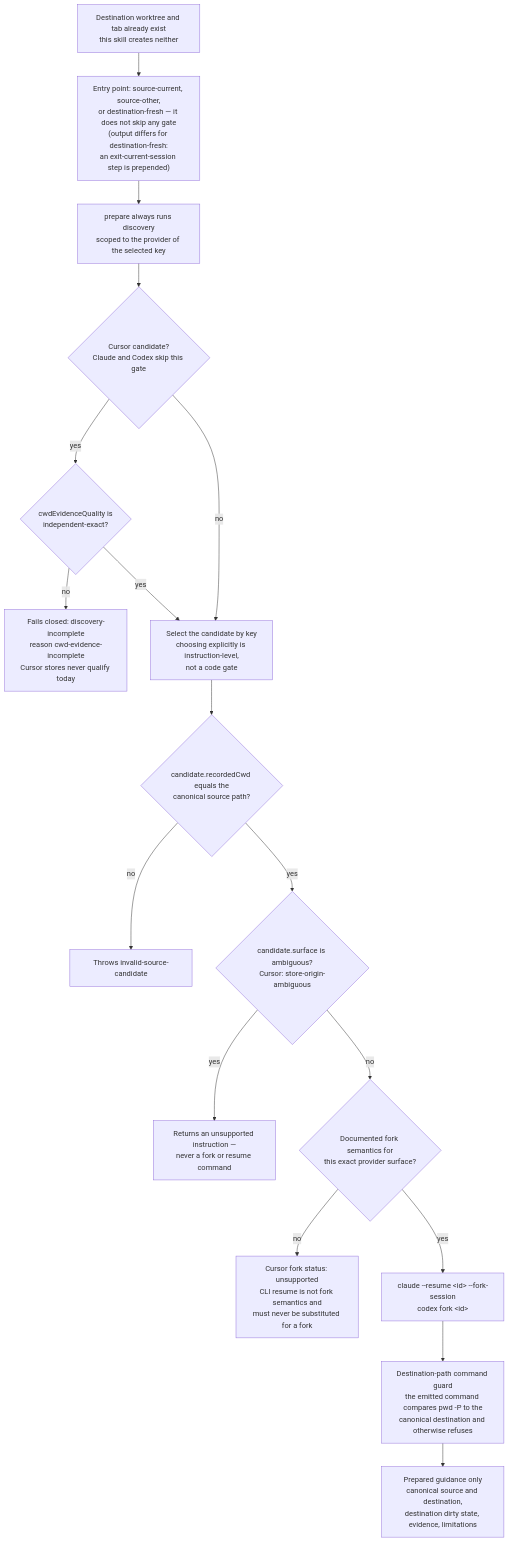
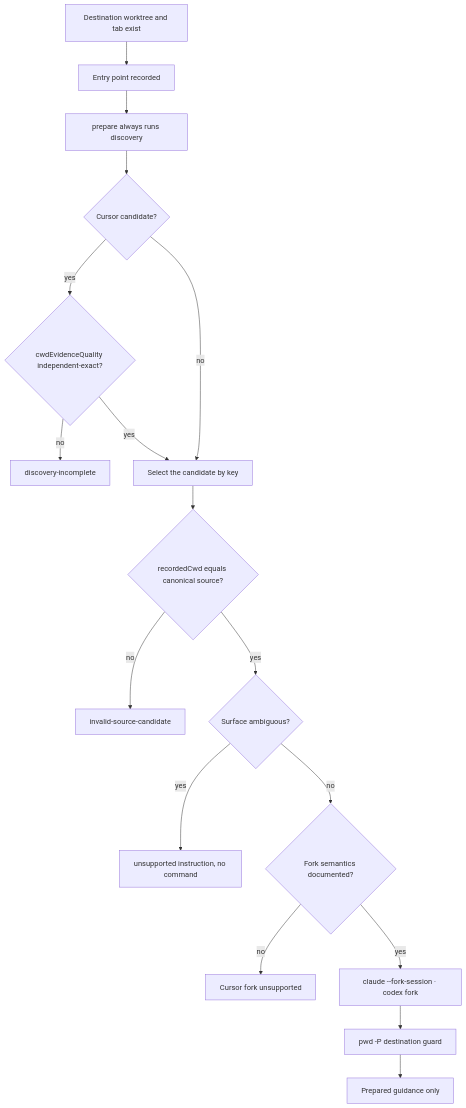
One commit to tkstang/skills changed the diagram in documentation/docs/user-guide/skills/session-fork-to-destination.md. Above: the diagram before and after it, drawn with Mermaid. The commit also changed other lines of this file and 5 other files, not shown here.

First line of the commit message:
docs: reshape oversized diagrams and fix Mermaid parse defects

````diff
--- a/documentation/docs/user-guide/skills/session-fork-to-destination.md
+++ b/documentation/docs/user-guide/skills/session-fork-to-destination.md
@@ -57,36 +57,32 @@
 ```mermaid
 flowchart TD
-  START["Destination worktree and tab already exist<br/>this skill creates neither"]
-  EP["Entry point: source-current, source-other,<br/>or destination-fresh — it does not skip any gate<br/>(output differs for destination-fresh:<br/>an exit-current-session step is prepended)"]
-  DISC["prepare always runs discovery<br/>scoped to the provider of the selected key"]
-  CUR{"Cursor candidate?<br/>Claude and Codex skip this gate"}
-  CURQ{"cwdEvidenceQuality is<br/>independent-exact?"}
-  STOP1["Fails closed: discovery-incomplete<br/>reason cwd-evidence-incomplete<br/>Cursor stores never qualify today"]
-  SEL["Select the candidate by key<br/>choosing explicitly is instruction-level,<br/>not a code gate"]
-  QUAL{"candidate.recordedCwd equals the<br/>canonical source path?"}
-  STOP2["Throws invalid-source-candidate"]
-  AMB{"candidate.surface is ambiguous?<br/>Cursor: store-origin-ambiguous"}
-  STOP3["Returns an unsupported instruction —<br/>never a fork or resume command"]
-  EV{"Documented fork semantics for<br/>this exact provider surface?"}
-  STOP4["Cursor fork status: unsupported<br/>CLI resume is not fork semantics and<br/>must never be substituted for a fork"]
-  EVOK["claude --resume &lt;id&gt; --fork-session<br/>codex fork &lt;id&gt;"]
-  GUARD["Destination-path command guard<br/>the emitted command compares pwd -P to the<br/>canonical destination and otherwise refuses"]
-  OUT["Prepared guidance only<br/>canonical source and destination,<br/>destination dirty state, evidence, limitations"]
+  START["Destination worktree and tab exist"]
+  EP["Entry point recorded"]
+  DISC["prepare always runs discovery"]
+  CUR{"Cursor candidate?"}
+  CURQ{"cwdEvidenceQuality independent-exact?"}
+  STOP1["discovery-incomplete"]
+  SEL["Select the candidate by key"]
+  QUAL{"recordedCwd equals canonical source?"}
+  STOP2["invalid-source-candidate"]
+  AMB{"Surface ambiguous?"}
+  STOP3["unsupported instruction, no command"]
+  EV{"Fork semantics documented?"}
+  STOP4["Cursor fork unsupported"]
+  EVOK["claude --fork-session · codex fork"]
+  GUARD["pwd -P destination guard"]
+  OUT["Prepared guidance only"]
 
-  START --> EP
-  EP --> DISC
-  DISC --> CUR
+  START --> EP --> DISC --> CUR
   CUR -->|yes| CURQ
   CUR -->|no| SEL
   CURQ -->|no| STOP1
   CURQ -->|yes| SEL
   SEL --> QUAL
   QUAL -->|no| STOP2
   QUAL -->|yes| AMB
   AMB -->|yes| STOP3
   AMB -->|no| EV
   EV -->|no| STOP4
-  EV -->|yes| EVOK
-  EVOK --> GUARD
-  GUARD --> OUT
+  EV -->|yes| EVOK --> GUARD --> OUT
 ```
````
